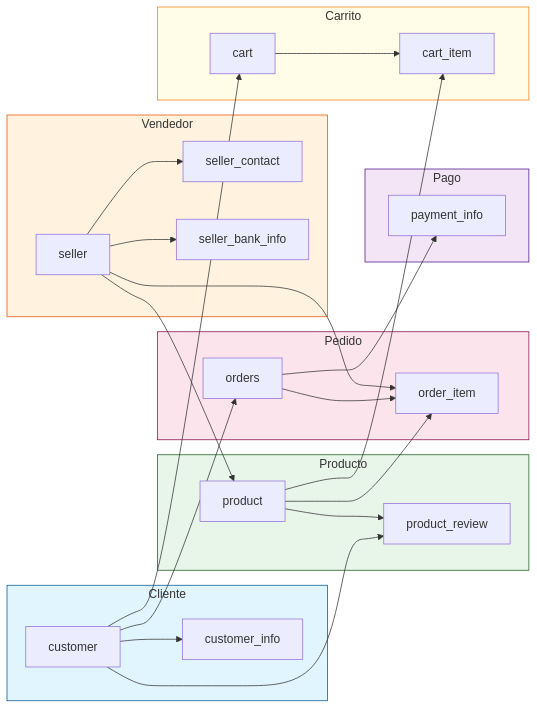
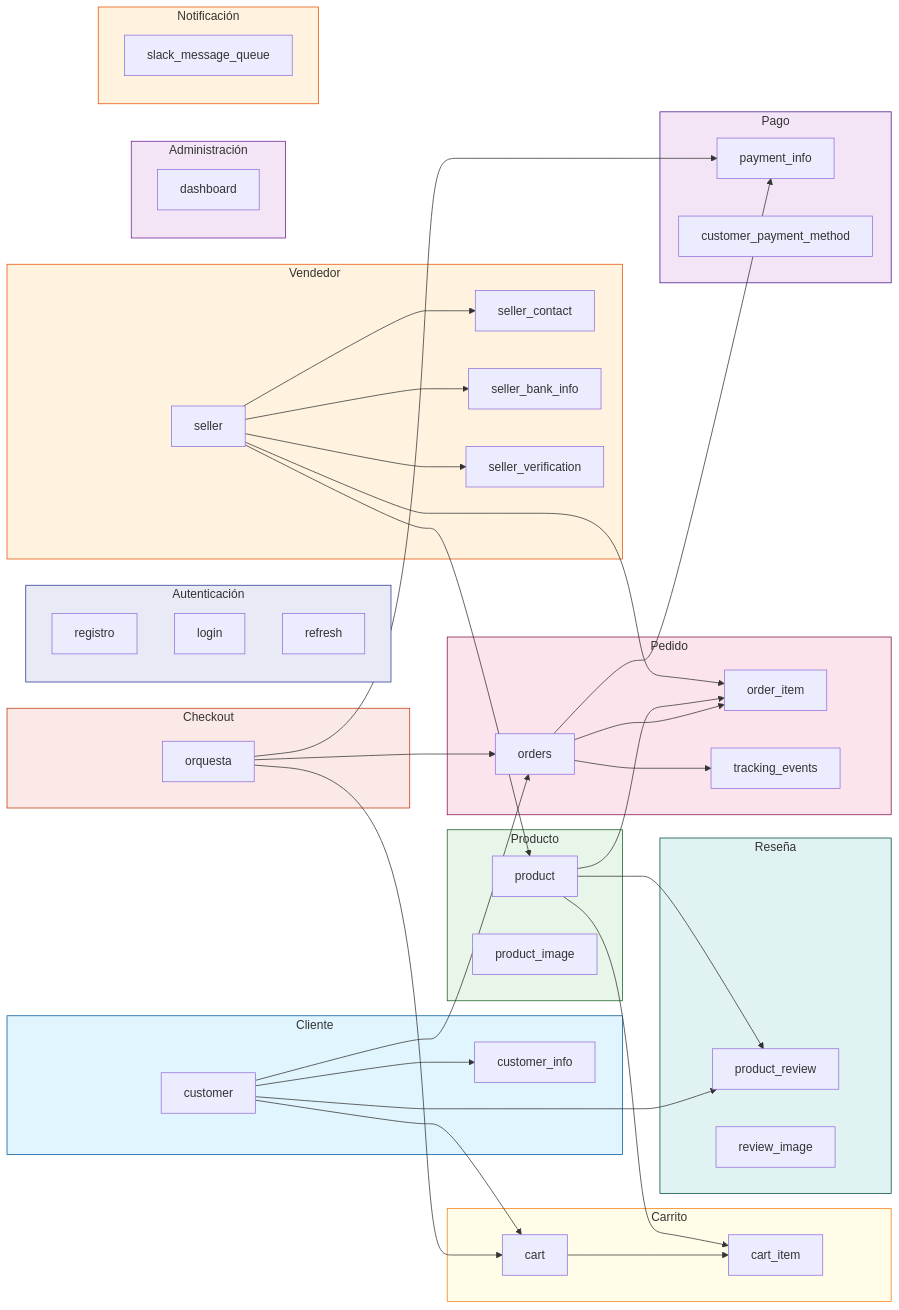
One commit to EliteShopColombia/EliteShopOnlineBackend changed the third of 4 diagrams in README_SPANISH.md. Above: the diagram before and after it, drawn with Mermaid. The commit also changed other lines of this file and 22 other files, not shown here.

````diff
--- a/README_SPANISH.md
+++ b/README_SPANISH.md
@@ -693,5 +226,11 @@
 ```mermaid
 graph LR
+    subgraph Auth["Autenticación"]
+        A[registro]
+        AL[login]
+        R[refresh]
+    end
+
     subgraph Customer["Cliente"]
         C[customer]
         CI[customer_info]
@@ -701,20 +240,23 @@
         S[seller]
         SC[seller_contact]
         SB[seller_bank_info]
+        SV[seller_verification]
     end
 
     subgraph Product["Producto"]
         P[product]
-        PR[product_review]
+        PI[product_image]
     end
 
     subgraph Order["Pedido"]
         O[orders]
         OI[order_item]
+        TE[tracking_events]
     end
 
     subgraph Payment["Pago"]
-        PI[payment_info]
+        PAY[payment_info]
+        CPM[customer_payment_method]
     end
 
     subgraph Cart["Carrito"]
@@ -722,25 +264,52 @@
         CIT[cart_item]
     end
 
+    subgraph Review["Reseña"]
+        REV[product_review]
+        RI[review_image]
+    end
+
+    subgraph Checkout["Checkout"]
+        CO[orquesta]
+    end
+
+    subgraph Admin["Administración"]
+        AD[dashboard]
+    end
+
+    subgraph Notification["Notificación"]
+        N[slack_message_queue]
+    end
+
     C --> CI
     S --> SC
     S --> SB
+    S --> SV
     S --> P
-    C --> PR
-    P --> PR
+    C --> REV
+    P --> REV
     C --> O
     O --> OI
+    O --> TE
     P --> OI
     S --> OI
-    O --> PI
+    O --> PAY
     C --> CA
     CA --> CIT
     P --> CIT
+    CO --> O
+    CO --> PAY
+    CO --> CA
 
+    style Auth fill:#e8eaf6,stroke:#283593
     style Customer fill:#e1f5fe,stroke:#01579b
     style Seller fill:#fff3e0,stroke:#e65100
     style Product fill:#e8f5e9,stroke:#1b5e20
     style Order fill:#fce4ec,stroke:#880e4f
     style Payment fill:#f3e5f5,stroke:#4a148c
     style Cart fill:#fffde7,stroke:#f57f17
+    style Review fill:#e0f2f1,stroke:#004d40
+    style Checkout fill:#fbe9e7,stroke:#bf360c
+    style Admin fill:#f3e5f5,stroke:#6a1b9a
+    style Notification fill:#fff3e0,stroke:#e65100
 ```
````
